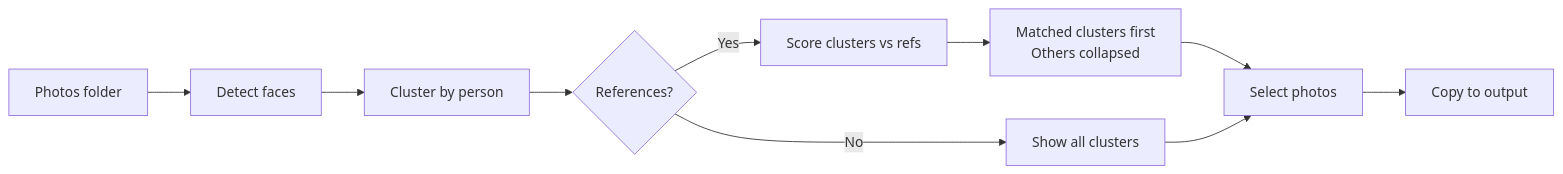
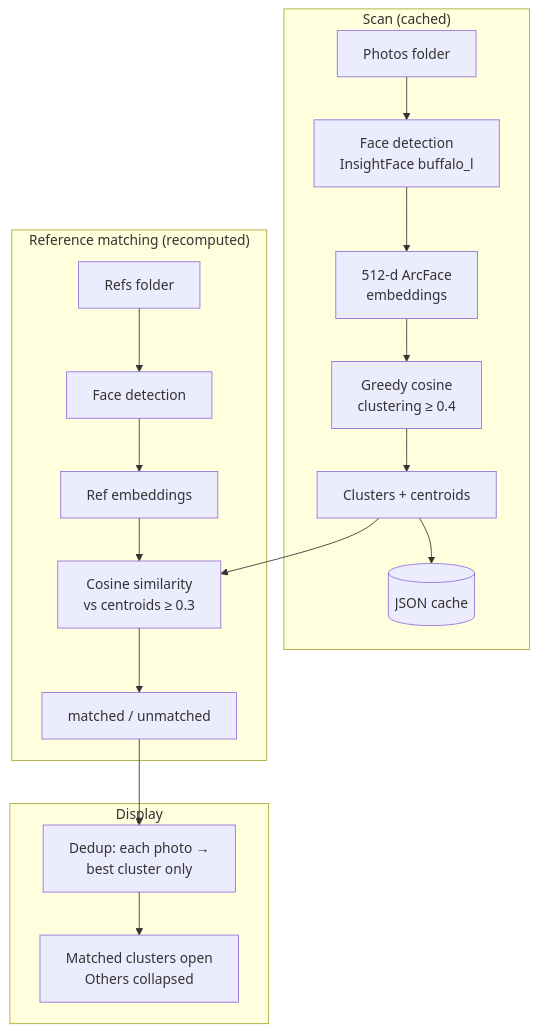
One commit to aryelu/find-person changed the diagram in README.md. Above: the diagram before and after it, drawn with Mermaid. The commit also changed other lines of this file, not shown here.

Commit message:
Add data pipeline diagram to README

````diff
--- a/README.md
+++ b/README.md
@@ -43,12 +43,23 @@
 ```mermaid
-flowchart LR
-    A[Photos folder] --> B[Detect faces]
-    B --> C[Cluster by person]
-    C --> D{References?}
-    D -- Yes --> E[Score clusters vs refs]
-    E --> F[Matched clusters first\nOthers collapsed]
-    D -- No --> G[Show all clusters]
-    F --> H[Select photos]
-    G --> H
-    H --> I[Copy to output]
+flowchart TD
+    subgraph scan ["Scan (cached)"]
+        A[Photos folder] --> B[Face detection\nInsightFace buffalo_l]
+        B --> C[512-d ArcFace\nembeddings]
+        C --> D[Greedy cosine\nclustering ≥ 0.4]
+        D --> E[Clusters + centroids]
+        E --> F[(JSON cache)]
+    end
+
+    subgraph refs ["Reference matching (recomputed)"]
+        G[Refs folder] --> H[Face detection]
+        H --> I[Ref embeddings]
+        I --> J[Cosine similarity\nvs centroids ≥ 0.3]
+        E --> J
+        J --> K[matched / unmatched]
+    end
+
+    subgraph display ["Display"]
+        K --> L[Dedup: each photo → \nbest cluster only]
+        L --> M[Matched clusters open\nOthers collapsed]
+    end
 ```
````
